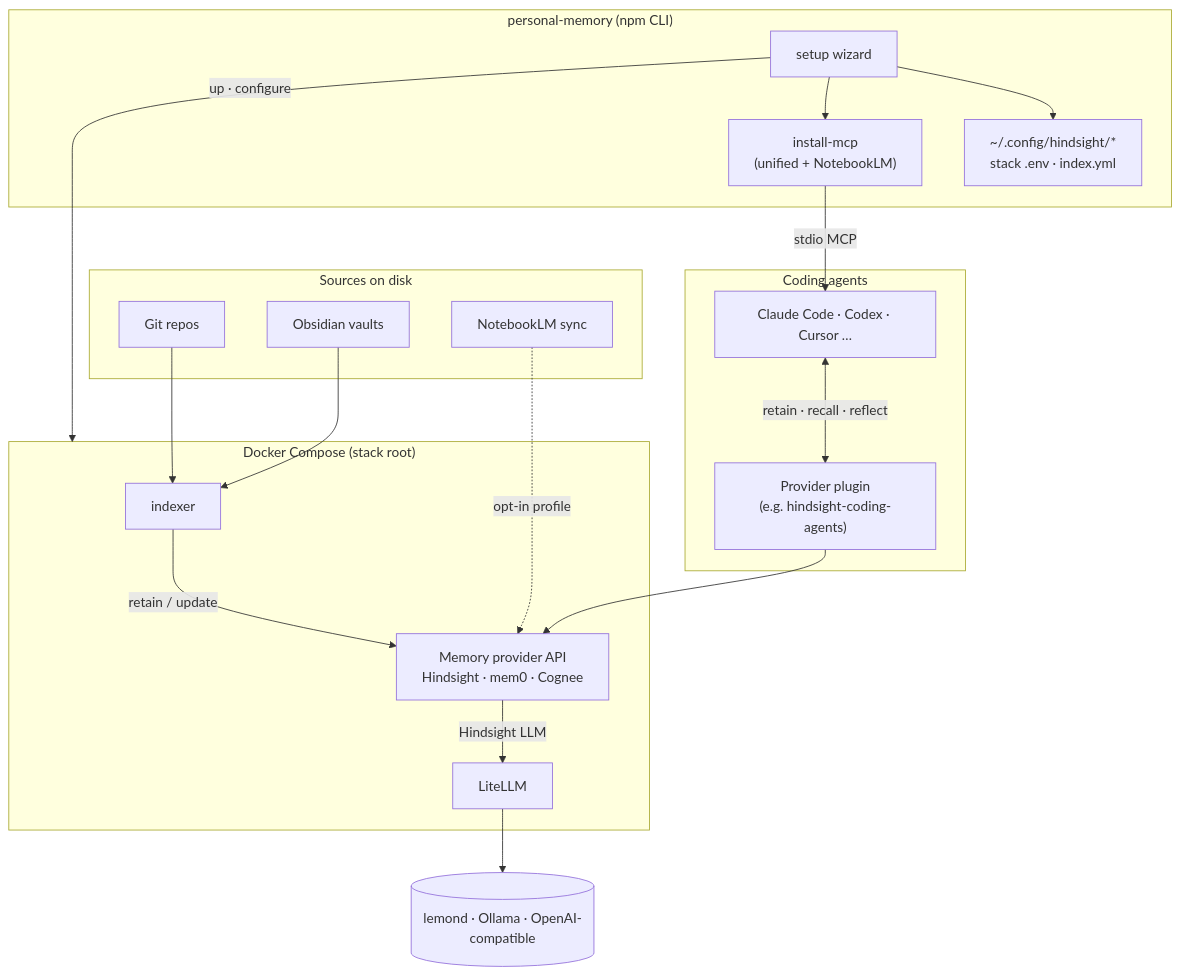
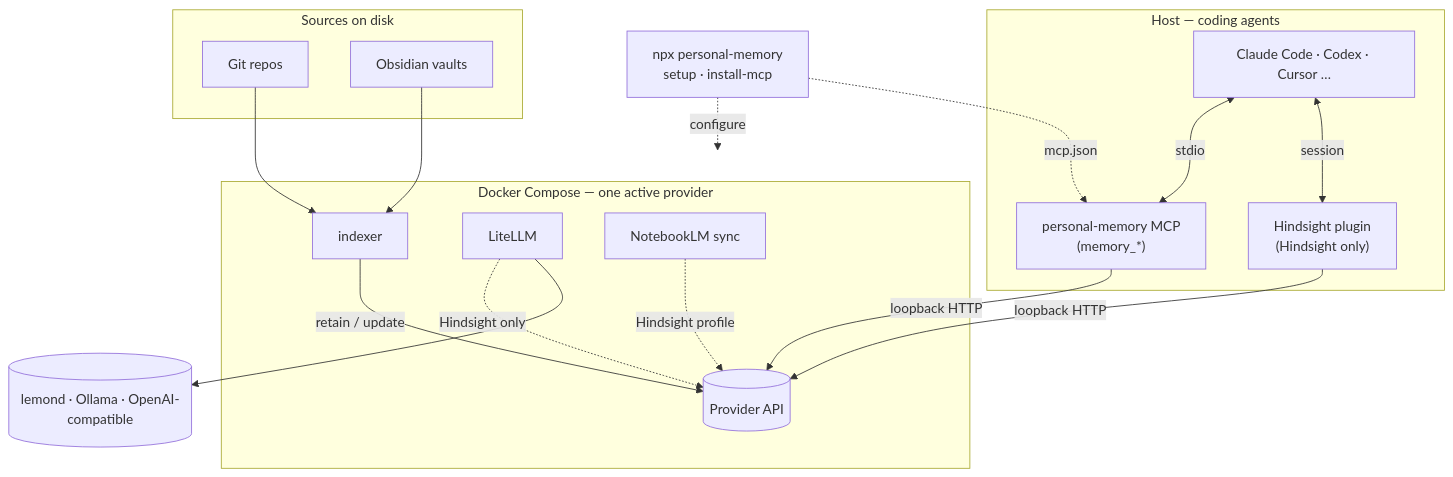
The diagram in README.md (bcmyguest/openmem), drawn with Mermaid before and after one commit. The commit also changed other lines of this file and 2 other files, not shown here.

Commit message:
docs: fix architecture diagrams for MCP and runtime paths
Separate host MCP/plugins from Compose, show unified personal-memory
MCP, and limit LiteLLM/NotebookLM to Hindsight; align landing figure
and README with docs/architecture.md.

````diff
--- a/README.md
+++ b/README.md
@@ -43,39 +43,35 @@
 ```mermaid
 flowchart TB
-  subgraph setup["personal-memory (npm CLI)"]
-    W[setup wizard]
-    W --> ENV["~/.config/hindsight/*\nstack .env · index.yml"]
-    W --> MCP["install-mcp\n(unified + NotebookLM)"]
+  subgraph disk["Sources on disk"]
+    GIT[Git repos]
+    OBS[Obsidian vaults]
   end
 
-  subgraph sources["Sources on disk"]
-    GIT[Git repos]
-    OBS[Obsidian vaults]
-    NLM[NotebookLM sync]
-  end
-
-  subgraph stack["Docker Compose (stack root)"]
+  subgraph compose["Docker Compose — one active provider"]
     IDX[indexer]
-    PROV["Memory provider API\nHindsight · mem0 · Cognee"]
+    PROV[(Provider API)]
     IDX -->|retain / update| PROV
     LIT[LiteLLM]
-    PROV -->|Hindsight LLM| LIT
+    NLM[NotebookLM sync]
+    LIT -.->|Hindsight only| PROV
+    NLM -.->|Hindsight profile| PROV
   end
 
   LIT --> LLM[(lemond · Ollama · OpenAI-compatible)]
 
+  subgraph host["Host — coding agents"]
+    AG[Claude Code · Codex · Cursor …]
+    UMCP["personal-memory MCP\n(memory_*)"]
+    PLG["Hindsight plugin\n(Hindsight only)"]
+  end
+
   GIT --> IDX
   OBS --> IDX
-  NLM -.->|opt-in profile| PROV
+  AG <-->|stdio| UMCP
+  AG <-->|session| PLG
+  UMCP -->|loopback HTTP| PROV
+  PLG -->|loopback HTTP| PROV
 
-  subgraph agents["Coding agents"]
-    AG[Claude Code · Codex · Cursor …]
-    PLG["Provider plugin\n(e.g. hindsight-coding-agents)"]
-    MCP -->|stdio MCP| AG
-  end
-
-  AG <-->|retain · recall · reflect| PLG
-  PLG --> PROV
-
-  W -->|up · configure| stack
+  W["npx personal-memory\nsetup · install-mcp"] -.->|configure| compose
+  W -.->|mcp.json| UMCP
 ```
````
